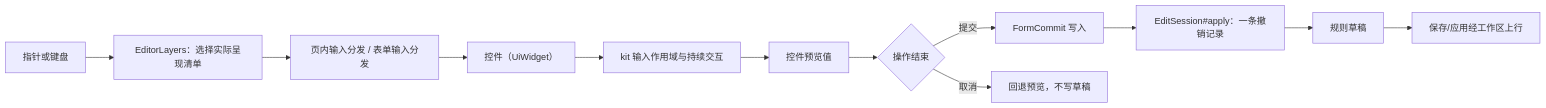
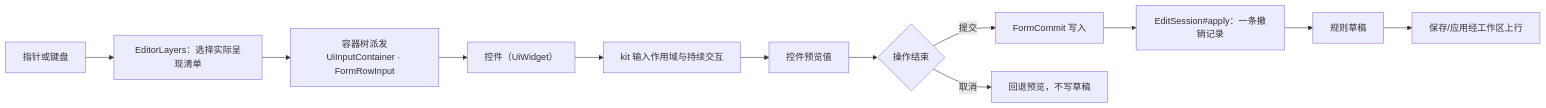
The third of 3 diagrams in docs/modules/client-ui.md (meteoritel/item-despawn-to-what), drawn with Mermaid before and after one commit. The commit also changed other lines of this file and 8 other files, not shown here.

First line of the commit message:
docs(architecture): 同步编辑与 UI 契约文档至最新重构

````diff
--- a/docs/modules/client-ui.md
+++ b/docs/modules/client-ui.md
@@ -164,14 +165,14 @@
 ```mermaid
 flowchart LR
     A["指针或键盘"] --> S["EditorLayers：选择实际呈现清单"]
-    S --> B["页内输入分发 / 表单输入分发"]
+    S --> B["容器树派发<br/>UiInputContainer · FormRowInput"]
     B --> C["控件（UiWidget）"]
     C --> D["kit 输入作用域与持续交互"]
     D --> E["控件预览值"]
     E --> F{"操作结束"}
     F -->|提交| G["FormCommit 写入"]
     F -->|取消| H["回退预览，不写草稿"]
     G --> I["EditSession#apply：一条撤销记录"]
     I --> J["规则草稿"]
     J --> K["保存/应用经工作区上行"]
 ```
````
